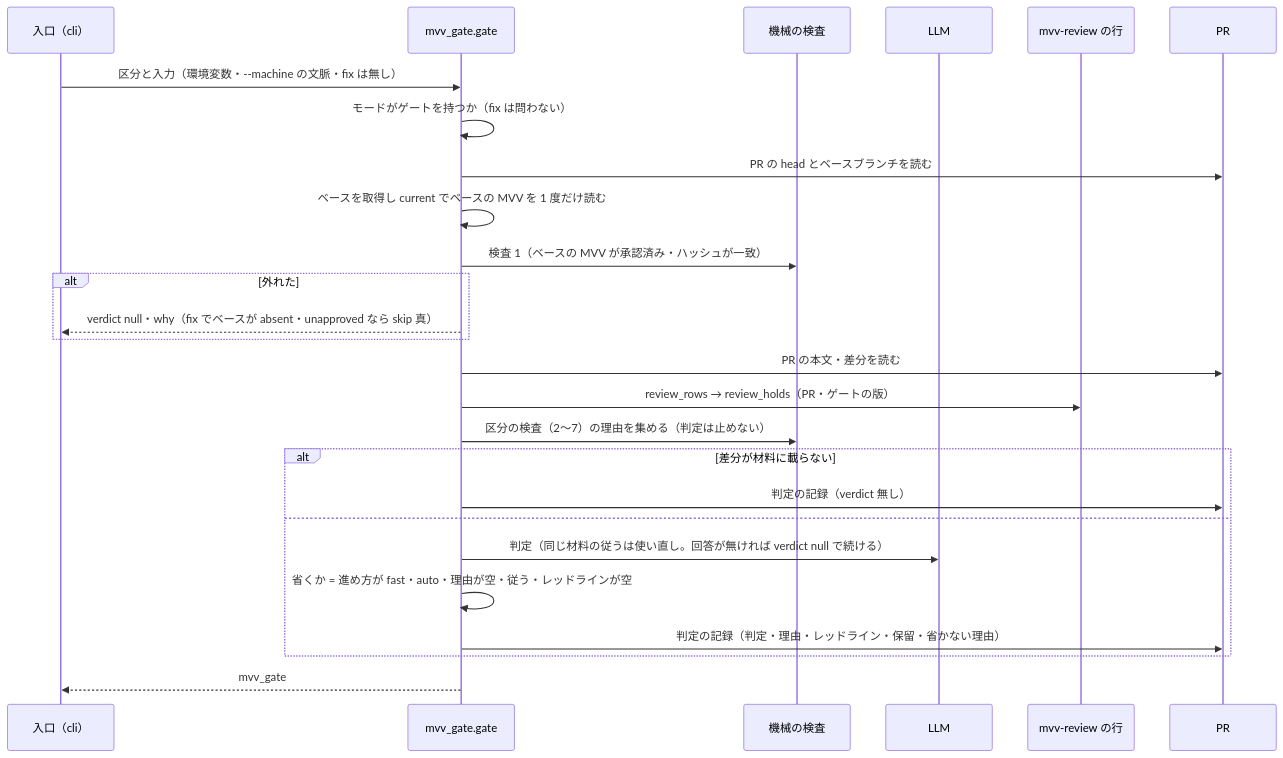
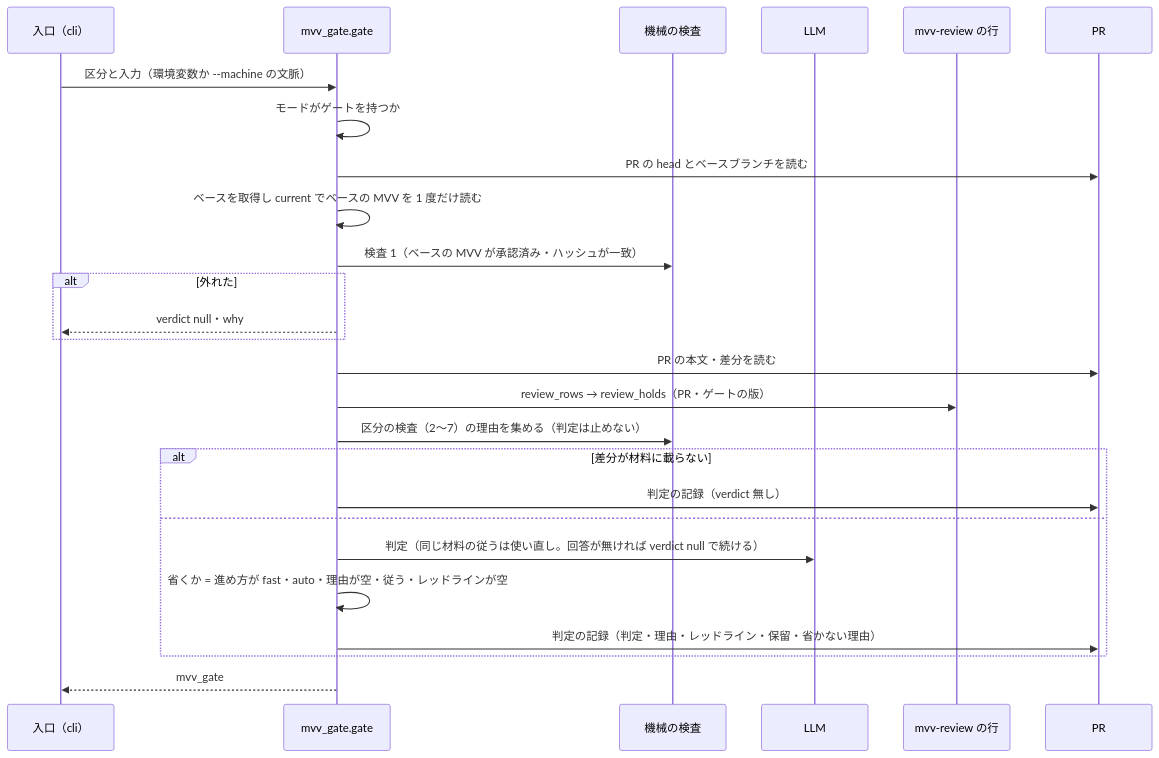
The third of 4 diagrams in issues/issue-3959-4055-design.md (devbasex/ai-plugins), drawn with Mermaid before and after one commit. The commit also changed other lines of this file and 2 other files, not shown here.

````diff
--- a/issues/issue-3959-4055-design.md
+++ b/issues/issue-3959-4055-design.md
@@ -137,28 +129,28 @@
 ```mermaid
 sequenceDiagram
   participant E as 入口（cli）
   participant G as mvv_gate.gate
   participant C as 機械の検査
   participant L as LLM
   participant R as mvv-review の行
   participant P as PR
-  E->>G: 区分と入力（環境変数・--machine の文脈・fix は無し）
-  G->>G: モードがゲートを持つか（fix は問わない）
+  E->>G: 区分と入力（環境変数か --machine の文脈）
+  G->>G: モードがゲートを持つか
   G->>P: PR の head とベースブランチを読む
   G->>G: ベースを取得し current でベースの MVV を 1 度だけ読む
   G->>C: 検査 1（ベースの MVV が承認済み・ハッシュが一致）
   alt 外れた
-    G-->>E: verdict null・why（fix でベースが absent・unapproved なら skip 真）
+    G-->>E: verdict null・why
   end
   G->>P: PR の本文・差分を読む
   G->>R: review_rows → review_holds（PR・ゲートの版）
   G->>C: 区分の検査（2〜7）の理由を集める（判定は止めない）
   alt 差分が材料に載らない
     G->>P: 判定の記録（verdict 無し）
   else
     G->>L: 判定（同じ材料の従うは使い直し。回答が無ければ verdict null で続ける）
     G->>G: 省くか = 進め方が fast・auto・理由が空・従う・レッドラインが空
     G->>P: 判定の記録（判定・理由・レッドライン・保留・省かない理由）
   end
   G-->>E: mvv_gate
 ```
````
